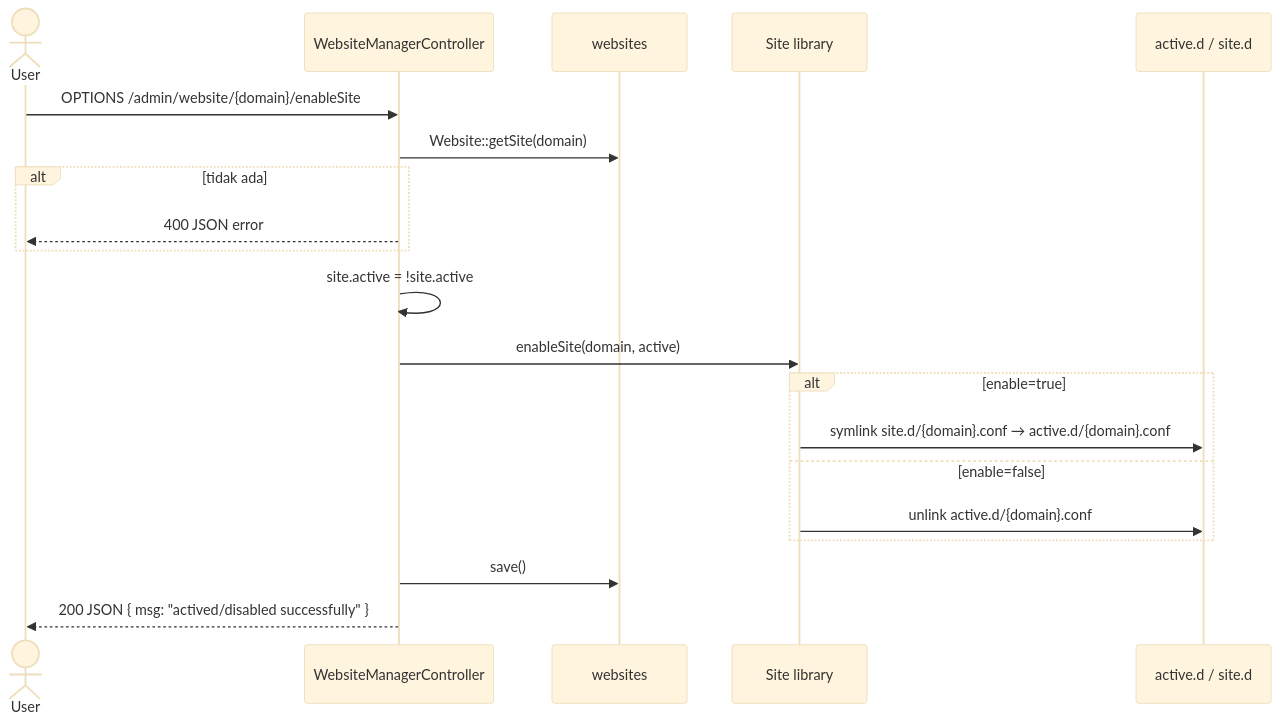
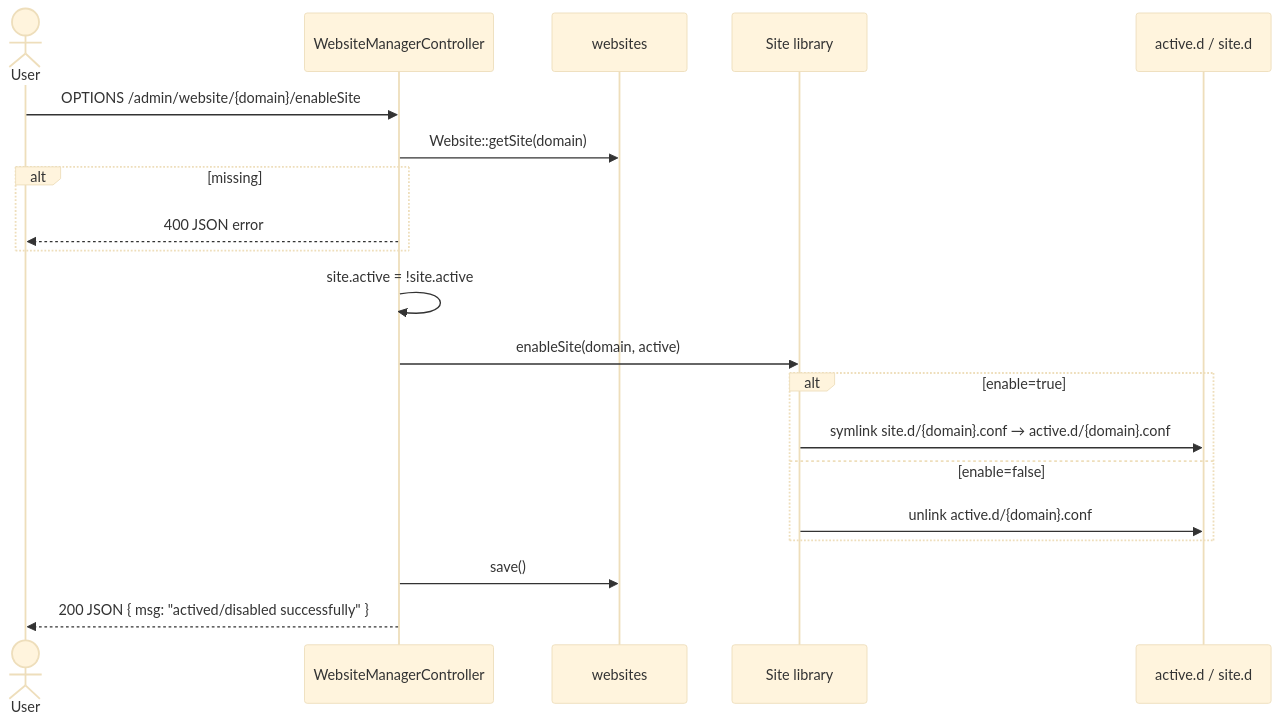
The diagram in docs/sequences/06-website-enable-disable.md (jahrulnr/GoSite), drawn with Mermaid (base theme) before and after one commit. The commit also changed other lines of this file and 107 other files, not shown here.

````diff
--- a/docs/sequences/06-website-enable-disable.md
+++ b/docs/sequences/06-website-enable-disable.md
@@ -7,25 +7,25 @@
 ```mermaid
 sequenceDiagram
     actor User
     participant WM as WebsiteManagerController
     participant DB as websites
     participant Site as Site library
     participant FS as active.d / site.d
 
     User->>WM: OPTIONS /admin/website/{domain}/enableSite
     WM->>DB: Website::getSite(domain)
-    alt tidak ada
+    alt missing
         WM-->>User: 400 JSON error
     end
     WM->>WM: site.active = !site.active
     WM->>Site: enableSite(domain, active)
 
     alt enable=true
         Site->>FS: symlink site.d/{domain}.conf → active.d/{domain}.conf
     else enable=false
         Site->>FS: unlink active.d/{domain}.conf
     end
 
     WM->>DB: save()
     WM-->>User: 200 JSON { msg: "actived/disabled successfully" }
 ```
````
